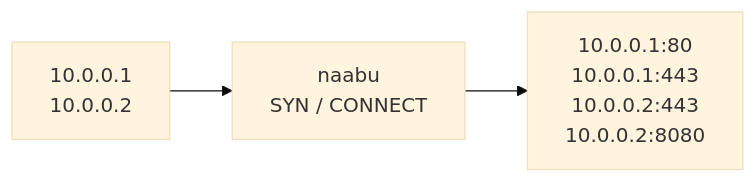
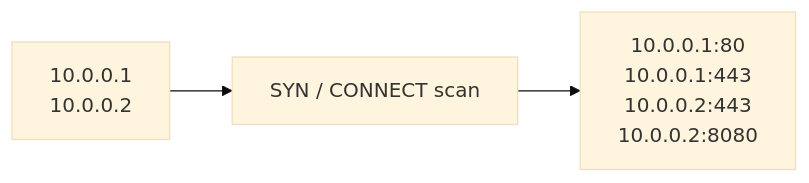
Before and after one commit to Linuxhackingid-official/Gorecon: the ninth of 19 diagrams in README.md, drawn with Mermaid (base theme). The commit also changed other lines of this file, not shown here.

Commit message:
fix: Layout flowchart TD + subgraph direction LR

````diff
--- a/README.md
+++ b/README.md
@@ -389,5 +389,5 @@
 ```mermaid
 flowchart LR
-    IN["10.0.0.1<br/>10.0.0.2"] --> ENG["naabu<br/>SYN / CONNECT"]
+    IN["10.0.0.1<br/>10.0.0.2"] --> ENG["SYN / CONNECT scan"]
     ENG --> OUT["10.0.0.1:80<br/>10.0.0.1:443<br/>10.0.0.2:443<br/>10.0.0.2:8080"]
 ```
````
